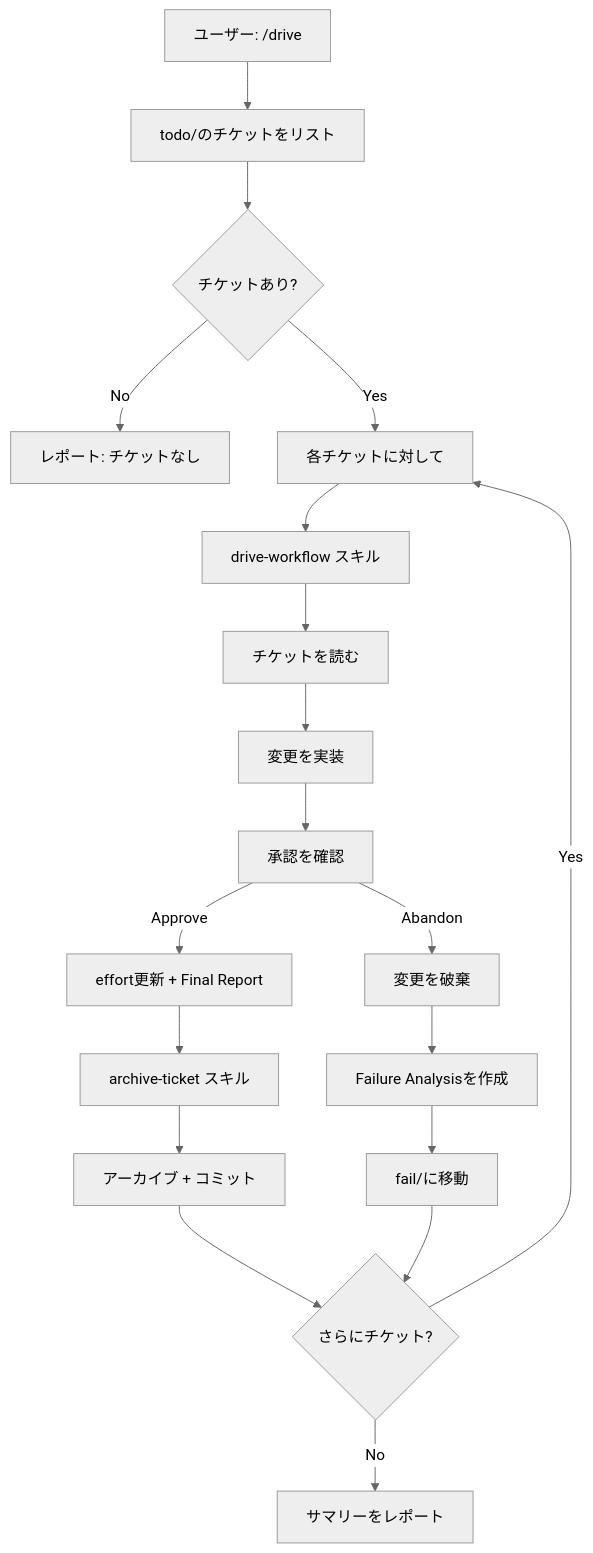
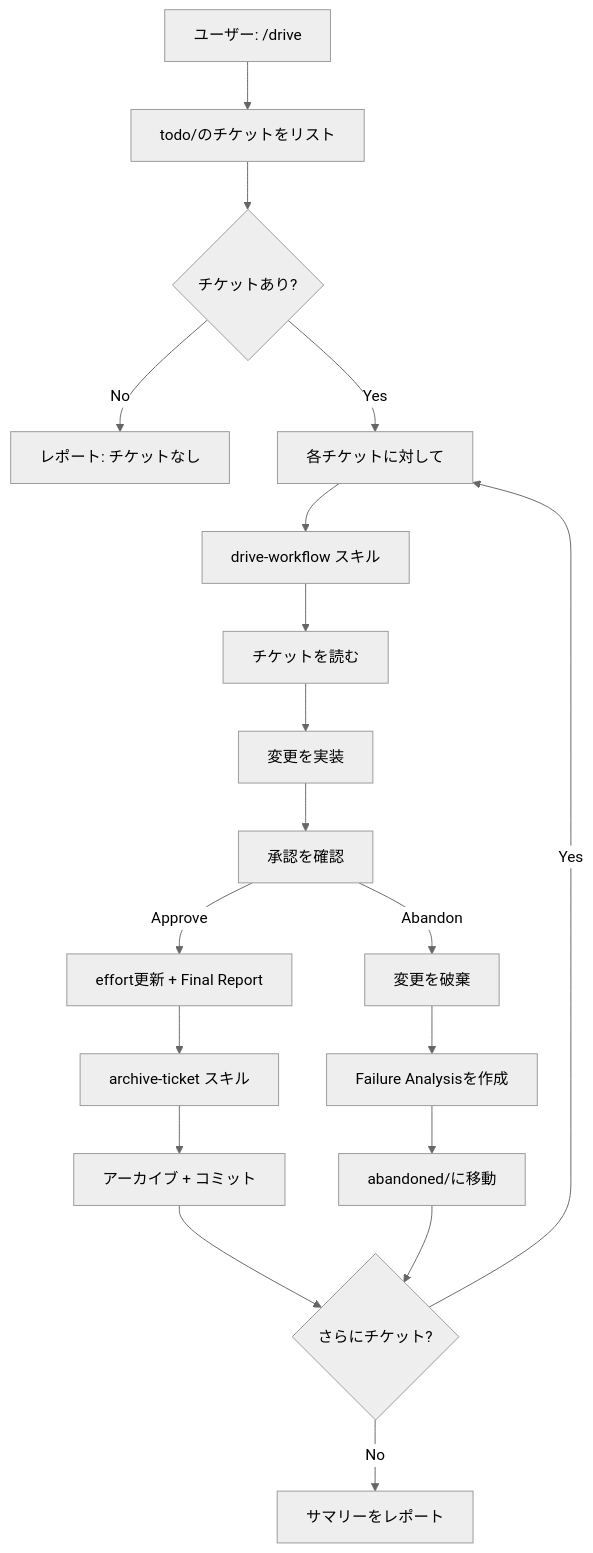
One commit to qmu/workaholic changed the second of 3 diagrams in .workaholic/specs/command-flows_ja.md. Above: the diagram before and after it, drawn with Mermaid (neutral theme). The commit also changed other lines of this file and 18 other files, not shown here.

````diff
--- a/.workaholic/specs/command-flows_ja.md
+++ b/.workaholic/specs/command-flows_ja.md
@@ -75,21 +75,21 @@
 ```mermaid
 flowchart TD
     A[ユーザー: /drive] --> B[todo/のチケットをリスト]
     B --> C{チケットあり?}
     C -->|No| D[レポート: チケットなし]
     C -->|Yes| E[各チケットに対して]
     E --> F[drive-workflow スキル]
     F --> G[チケットを読む]
     G --> H[変更を実装]
     H --> I[承認を確認]
     I -->|Approve| J[effort更新 + Final Report]
     I -->|Abandon| K[変更を破棄]
     K --> L[Failure Analysisを作成]
-    L --> M[fail/に移動]
+    L --> M[abandoned/に移動]
     J --> N[archive-ticket スキル]
     N --> O[アーカイブ + コミット]
     O --> P{さらにチケット?}
     M --> P
     P -->|Yes| E
     P -->|No| Q[サマリーをレポート]
 ```
````
